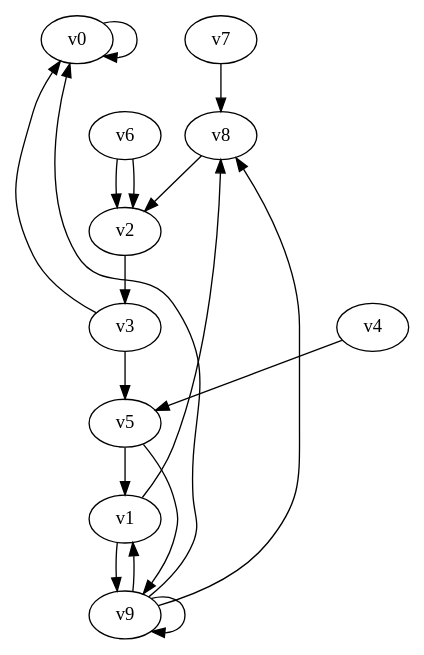
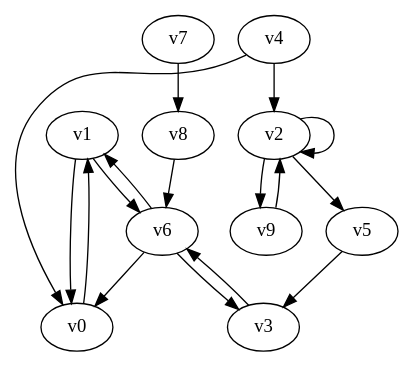
One commit to petejaustin/temporis changed the diagram in temporis_games/test004.dot. Above: the diagram before and after it, drawn with Graphviz. The commit also changed 313 other files, not shown here.

Commit message:
updated to work with all new architecture

```diff
--- a/temporis_games/test004.dot
+++ b/temporis_games/test004.dot
@@ -1,31 +1,32 @@
 // Benchmark game 4 - 10 vertices
+// time_bound: 10
+// targets: v6
 digraph G {
-    v0 [name="v0", player=0, target=1];
+    v0 [name="v0", player=1];
     v1 [name="v1", player=0];
     v2 [name="v2", player=0];
-    v3 [name="v3", player=0];
+    v3 [name="v3", player=1];
     v4 [name="v4", player=0];
-    v5 [name="v5", player=0];
-    v6 [name="v6", player=1];
+    v5 [name="v5", player=1];
+    v6 [name="v6", player=0, target=1];
     v7 [name="v7", player=1];
     v8 [name="v8", player=1];
     v9 [name="v9", player=0];
 
-    v0 -> v0 [constraint="(time % 3 == 1) || (time % 4 == 2)"];
-    v1 -> v8 [constraint="time % 5 == 1"];
-    v2 -> v3;
-    v3 -> v0 [constraint="time % 6 == 0"];
-    v4 -> v5;
-    v5 -> v9 [constraint="time == 16"];
-    v6 -> v2;
+    v0 -> v1 [constraint="t mod 3 == 2"];
+    v1 -> v0;
+    v2 -> v9;
+    v3 -> v6 [constraint="t < 10"];
+    v4 -> v0;
+    v5 -> v3;
+    v6 -> v1;
     v7 -> v8;
-    v8 -> v2;
-    v9 -> v1 [constraint="time % 3 == 1"];
-    v1 -> v9;
-    v9 -> v0 [constraint="time % 5 == 4"];
-    v9 -> v8 [constraint="time == 8"];
-    v3 -> v5;
-    v6 -> v2 [constraint="time % 4 == 3"];
-    v5 -> v1;
-    v9 -> v9 [constraint="(time % 2 == 1) || (time % 3 == 1)"];
+    v8 -> v6;
+    v9 -> v2;
+    v2 -> v2;
+    v6 -> v0;
+    v2 -> v5;
+    v6 -> v3;
+    v4 -> v2;
+    v1 -> v6;
 }
```
